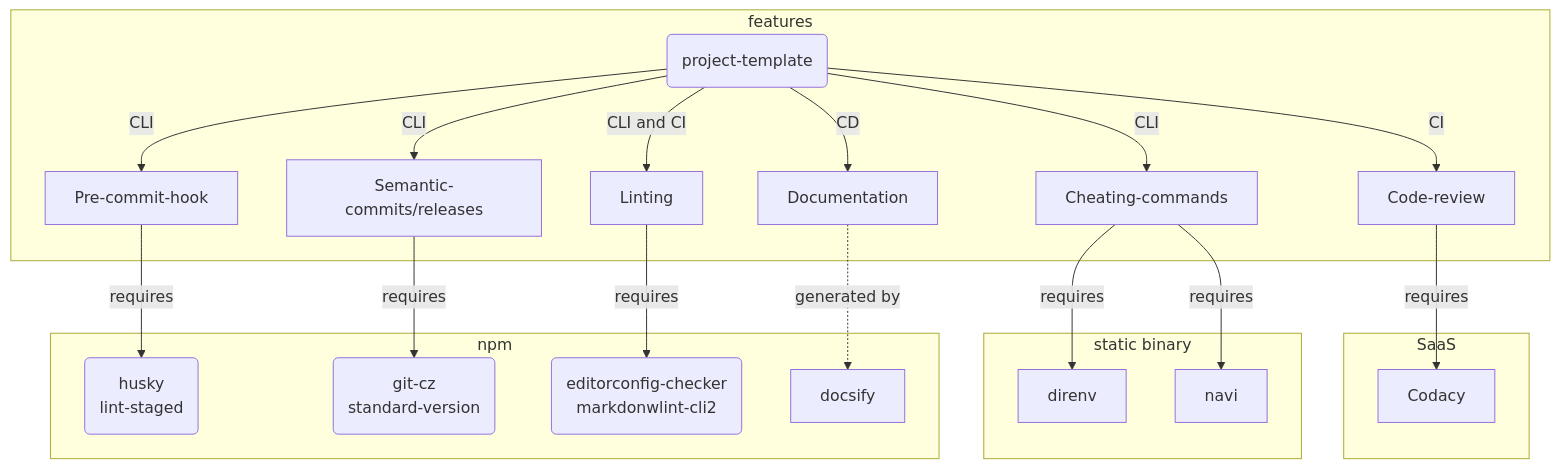
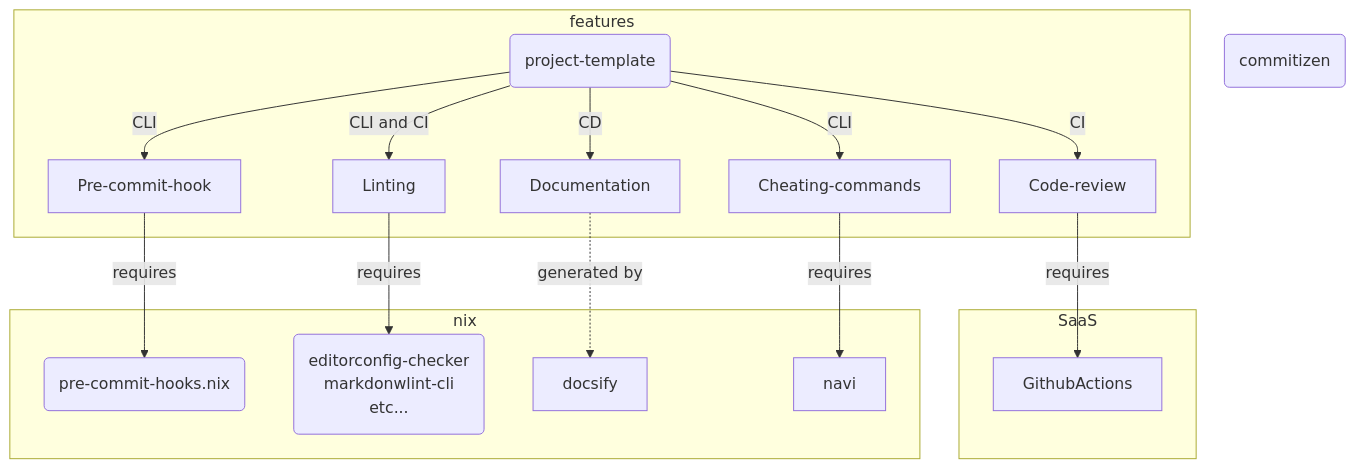
The diagram in README.md (Torimune29/rust-project-template), drawn with Mermaid before and after one commit. The commit also changed other lines of this file and 1 other file, not shown here.

````diff
--- a/README.md
+++ b/README.md
@@ -75,29 +41,24 @@
 ```mermaid
 flowchart TB
     repo(project-template)
-    precommit(husky<br>lint-staged)
-    commit(git-cz<br>standard-version)
-    lint(editorconfig-checker<br>markdonwlint-cli2)
+    precommit(pre-commit-hooks.nix)
+    commit(commitizen)
+    lint(editorconfig-checker<br>markdonwlint-cli<br>etc...)
     repo
     subgraph features
         repo --CLI--> Pre-commit-hook
         repo --CLI--> Cheating-commands
-        repo --CLI--> Semantic-commits/releases
         repo --CLI and CI--> Linting
         repo --CI--> Code-review
         repo --CD--> Documentation
     end
     subgraph SaaS
-        Code-review --requires--> Codacy
+        Code-review --requires--> GithubActions
     end
-    subgraph static binary
-        Cheating-commands --requires--> direnv
+    subgraph nix
+        Pre-commit-hook --requires --> precommit
+        Linting --requires--> lint
+        Documentation -.generated by.-> docsify
         Cheating-commands --requires--> navi
     end
-    subgraph npm
-        Pre-commit-hook --requires --> precommit
-        Semantic-commits/releases --requires-->commit
-        Linting --requires--> lint
-        Documentation -.generated by.-> docsify
-    end
 ```
````
